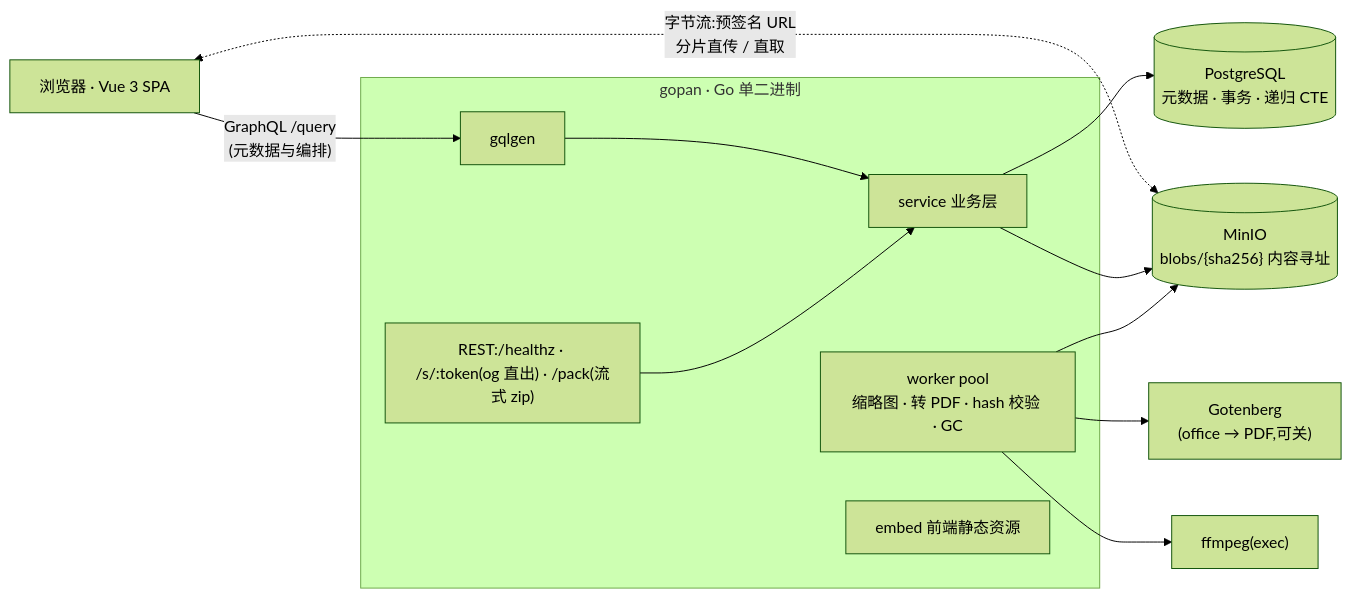
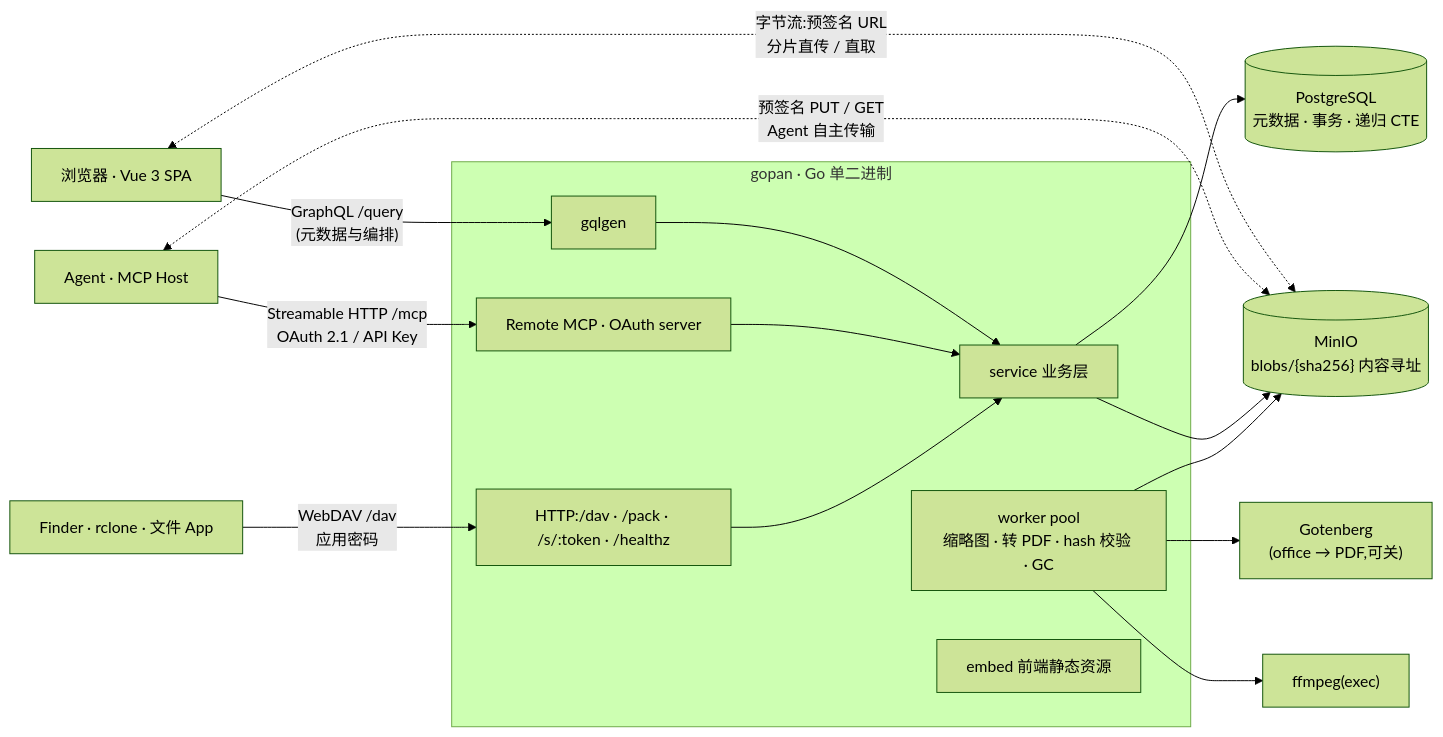
The diagram in README.md (yophon/gopan), drawn with Mermaid (forest theme) before and after one commit. The commit also changed other lines of this file and 68 other files, not shown here.

Commit message:
feat: add remote MCP with OAuth and agent transfers

````diff
--- a/README.md
+++ b/README.md
@@ -24,19 +24,23 @@
 ```mermaid
 flowchart LR
     Browser["浏览器 · Vue 3 SPA"]
     Browser -- "GraphQL /query<br/>(元数据与编排)" --> GQL
     Browser <-. "字节流:预签名 URL<br/>分片直传 / 直取" .-> MinIO
+    Agent["Agent · MCP Host"] -- "Streamable HTTP /mcp<br/>OAuth 2.1 / API Key" --> MCP
+    Agent <-. "预签名 PUT / GET<br/>Agent 自主传输" .-> MinIO
+    DAV["Finder · rclone · 文件 App"] -- "WebDAV /dav<br/>应用密码" --> REST
 
     subgraph Gopan["gopan · Go 单二进制"]
         GQL["gqlgen"] --> Service["service 业务层"]
-        REST["REST:/healthz · /s/:token(og 直出) · /pack(流式 zip)"] --> Service
+        MCP["Remote MCP · OAuth server"] --> Service
+        REST["HTTP:/dav · /pack · /s/:token · /healthz"] --> Service
         Worker["worker pool<br/>缩略图 · 转 PDF · hash 校验 · GC"]
         Embed["embed 前端静态资源"]
     end
 
     Service --> PG[("PostgreSQL<br/>元数据 · 事务 · 递归 CTE")]
     Service --> MinIO[("MinIO<br/>blobs/{sha256} 内容寻址")]
     Worker --> MinIO
     Worker --> GT["Gotenberg<br/>(office → PDF,可关)"]
     Worker --> FF["ffmpeg(exec)"]
 ```
````
